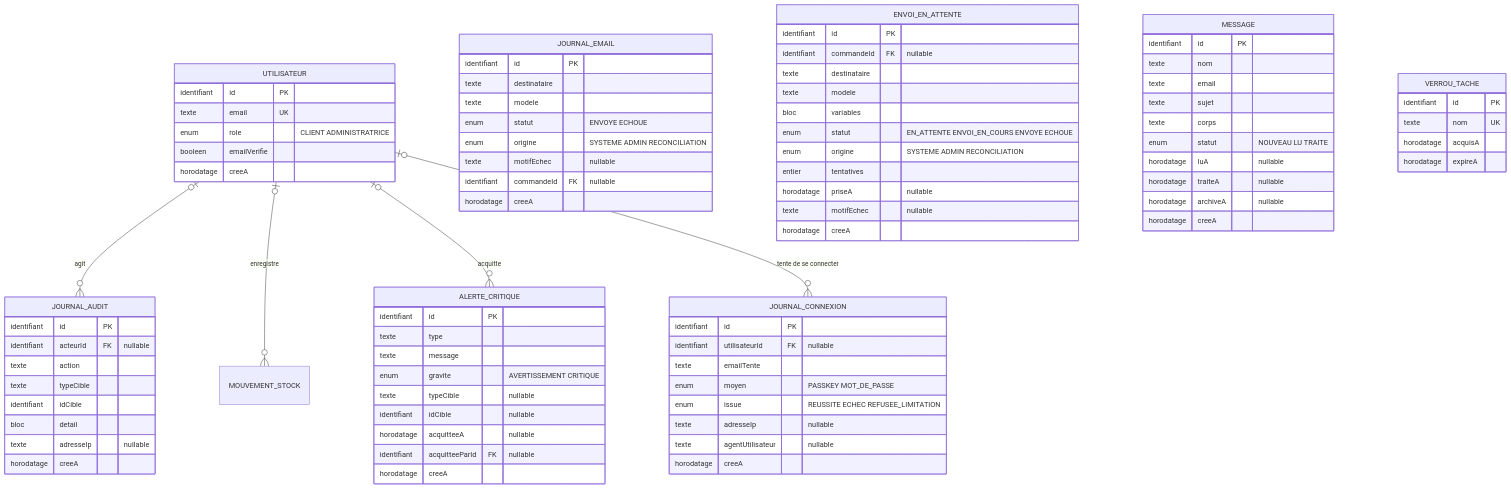
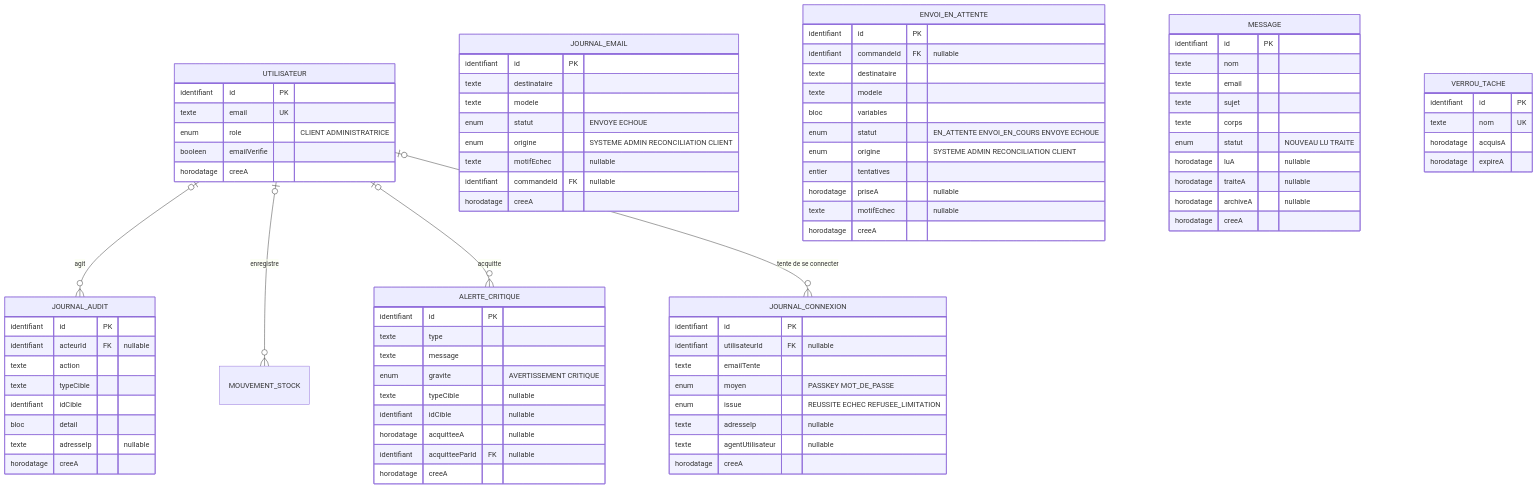
One commit to krismos64/lune-soleil changed the ninth of 9 diagrams in docs/architecture/MODELE-CONCEPTUEL.md. Above: the diagram before and after it, drawn with Mermaid. The commit also changed other lines of this file and 5 other files, not shown here.

Commit message:
test(LS-315): origine CLIENT et tests d'intégration de l'annulation, écrits avant le service

```diff
--- a/docs/architecture/MODELE-CONCEPTUEL.md
+++ b/docs/architecture/MODELE-CONCEPTUEL.md
@@ -1522,7 +1522,7 @@
         texte destinataire
         texte modele
         enum statut "ENVOYE ECHOUE"
-        enum origine "SYSTEME ADMIN RECONCILIATION"
+        enum origine "SYSTEME ADMIN RECONCILIATION CLIENT"
         texte motifEchec "nullable"
         identifiant commandeId FK "nullable"
         horodatage creeA
@@ -1534,7 +1534,7 @@
         texte modele
         bloc variables
         enum statut "EN_ATTENTE ENVOI_EN_COURS ENVOYE ECHOUE"
-        enum origine "SYSTEME ADMIN RECONCILIATION"
+        enum origine "SYSTEME ADMIN RECONCILIATION CLIENT"
         entier tentatives
         horodatage priseA "nullable"
         texte motifEchec "nullable"
```
